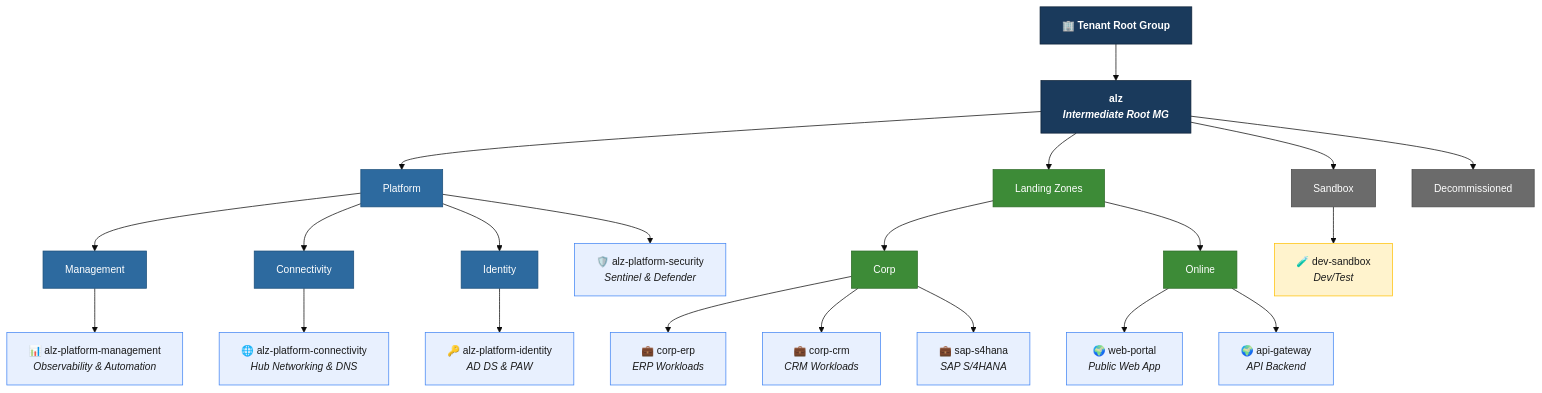
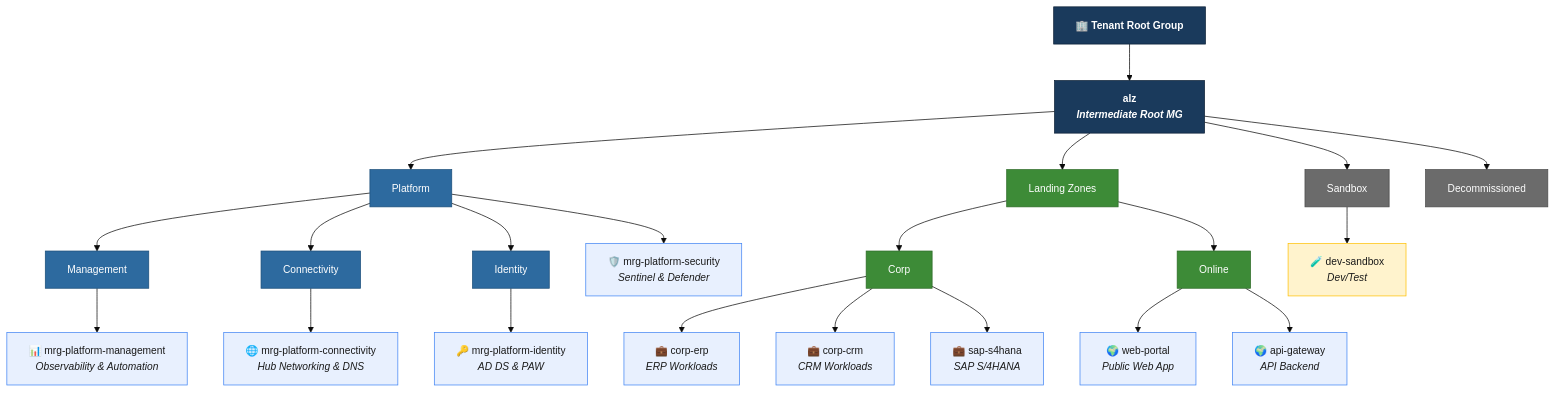
The diagram in docs/diagrams/01-management-group-hierarchy.mmd (MaRekGroup/agentic-alz-accelerator), drawn with Mermaid before and after one commit. The commit also changed 33 other files, not shown here.

```diff
--- a/docs/diagrams/01-management-group-hierarchy.mmd
+++ b/docs/diagrams/01-management-group-hierarchy.mmd
@@ -1,59 +1,59 @@
 %%{ init: { 'theme': 'base', 'themeVariables': { 'fontSize': '14px' } } }%%
 graph TD
     classDef mgRoot fill:#1a3a5c,stroke:#0d2137,color:#fff,font-weight:bold
     classDef mgPlatform fill:#2d6a9f,stroke:#1a4e7a,color:#fff
     classDef mgLZ fill:#3d8b37,stroke:#2d6b27,color:#fff
     classDef mgOther fill:#6b6b6b,stroke:#4a4a4a,color:#fff
     classDef sub fill:#e8f0fe,stroke:#4285f4,color:#1a1a1a
     classDef subSandbox fill:#fff3cd,stroke:#ffc107,color:#1a1a1a
 
     ROOT["🏢 Tenant Root Group"]:::mgRoot
     ALZ["alz<br/><i>Intermediate Root MG</i>"]:::mgRoot
 
     PLAT["Platform"]:::mgPlatform
     MGMT_MG["Management"]:::mgPlatform
     CONN_MG["Connectivity"]:::mgPlatform
     ID_MG["Identity"]:::mgPlatform
 
     LZ["Landing Zones"]:::mgLZ
     CORP["Corp"]:::mgLZ
     ONLINE["Online"]:::mgLZ
 
     SANDBOX["Sandbox"]:::mgOther
     DECOMM["Decommissioned"]:::mgOther
 
-    SUB_MGMT["📊 alz-platform-management<br/><i>Observability & Automation</i>"]:::sub
-    SUB_CONN["🌐 alz-platform-connectivity<br/><i>Hub Networking & DNS</i>"]:::sub
-    SUB_ID["🔑 alz-platform-identity<br/><i>AD DS & PAW</i>"]:::sub
-    SUB_SEC["🛡️ alz-platform-security<br/><i>Sentinel & Defender</i>"]:::sub
+    SUB_MGMT["📊 mrg-platform-management<br/><i>Observability & Automation</i>"]:::sub
+    SUB_CONN["🌐 mrg-platform-connectivity<br/><i>Hub Networking & DNS</i>"]:::sub
+    SUB_ID["🔑 mrg-platform-identity<br/><i>AD DS & PAW</i>"]:::sub
+    SUB_SEC["🛡️ mrg-platform-security<br/><i>Sentinel & Defender</i>"]:::sub
     SUB_ERP["💼 corp-erp<br/><i>ERP Workloads</i>"]:::sub
     SUB_CRM["💼 corp-crm<br/><i>CRM Workloads</i>"]:::sub
     SUB_SAP["💼 sap-s4hana<br/><i>SAP S/4HANA</i>"]:::sub
     SUB_WEB["🌍 web-portal<br/><i>Public Web App</i>"]:::sub
     SUB_API["🌍 api-gateway<br/><i>API Backend</i>"]:::sub
     SUB_DEV["🧪 dev-sandbox<br/><i>Dev/Test</i>"]:::subSandbox
 
     ROOT --> ALZ
     ALZ --> PLAT
     ALZ --> LZ
     ALZ --> SANDBOX
     ALZ --> DECOMM
 
     PLAT --> MGMT_MG
     PLAT --> CONN_MG
     PLAT --> ID_MG
 
     MGMT_MG --> SUB_MGMT
     CONN_MG --> SUB_CONN
     ID_MG --> SUB_ID
     PLAT --> SUB_SEC
 
     LZ --> CORP
     LZ --> ONLINE
     CORP --> SUB_ERP
     CORP --> SUB_CRM
     CORP --> SUB_SAP
     ONLINE --> SUB_WEB
     ONLINE --> SUB_API
 
     SANDBOX --> SUB_DEV
```
